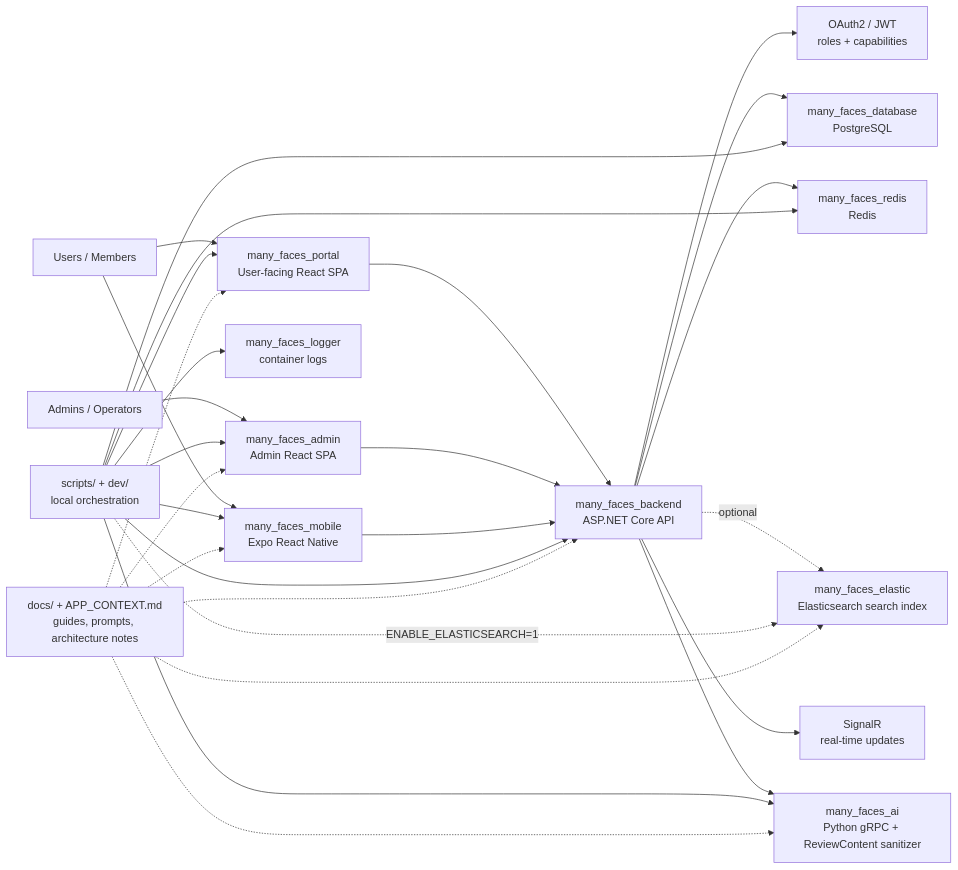
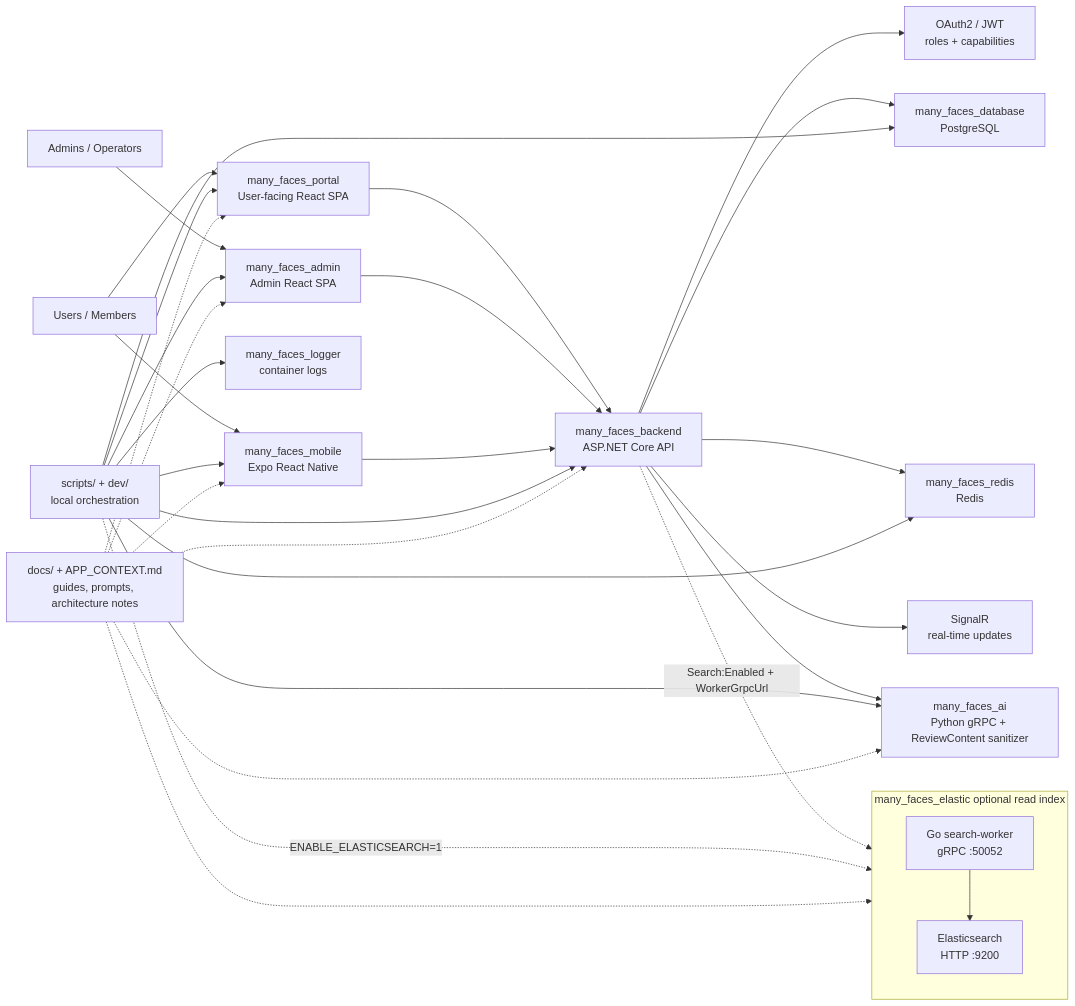
The first of 11 diagrams in README.md (01laky/mfai_demo), drawn with Mermaid before and after one commit. The commit also changed other lines of this file and 13 other files, not shown here.

````diff
--- a/README.md
+++ b/README.md
@@ -29,34 +29,40 @@
 ```mermaid
 flowchart LR
     visitor["Users / Members"] --> fe["many_faces_portal<br/>User-facing React SPA"]
     visitor --> mobile["many_faces_mobile<br/>Expo React Native"]
     adminUser["Admins / Operators"] --> admin["many_faces_admin<br/>Admin React SPA"]
 
     fe --> api["many_faces_backend<br/>ASP.NET Core API"]
     admin --> api
     mobile --> api
 
     api --> auth["OAuth2 / JWT<br/>roles + capabilities"]
     api --> db["many_faces_database<br/>PostgreSQL"]
     api --> redis["many_faces_redis<br/>Redis"]
-    api -.->|"optional"| elastic["many_faces_elastic<br/>Elasticsearch search index"]
+    subgraph elastic_stack["many_faces_elastic optional read index"]
+        direction TB
+        sw["Go search-worker<br/>gRPC :50052"]
+        esx["Elasticsearch<br/>HTTP :9200"]
+        sw --> esx
+    end
+    api -.->|"Search:Enabled + WorkerGrpcUrl"| sw
     api --> realtime["SignalR<br/>real-time updates"]
     api --> ai["many_faces_ai<br/>Python gRPC + ReviewContent sanitizer"]
 
     scripts["scripts/ + dev/<br/>local orchestration"] --> fe
     scripts --> admin
     scripts --> api
     scripts --> db
     scripts --> redis
-    scripts -.->|"ENABLE_ELASTICSEARCH=1"| elastic
+    scripts -.->|"ENABLE_ELASTICSEARCH=1"| elastic_stack
     scripts --> ai
     scripts --> mobile
     scripts --> logs["many_faces_logger<br/>container logs"]
 
     docs["docs/ + APP_CONTEXT.md<br/>guides, prompts, architecture notes"] -.-> fe
     docs -.-> admin
     docs -.-> api
     docs -.-> ai
     docs -.-> mobile
-    docs -.-> elastic
+    docs -.-> elastic_stack
 ```
````
